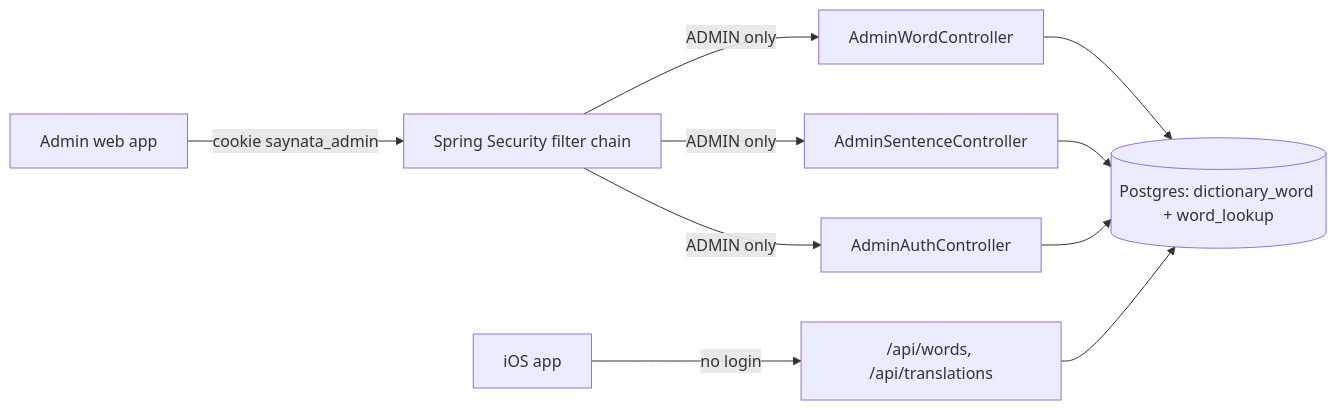
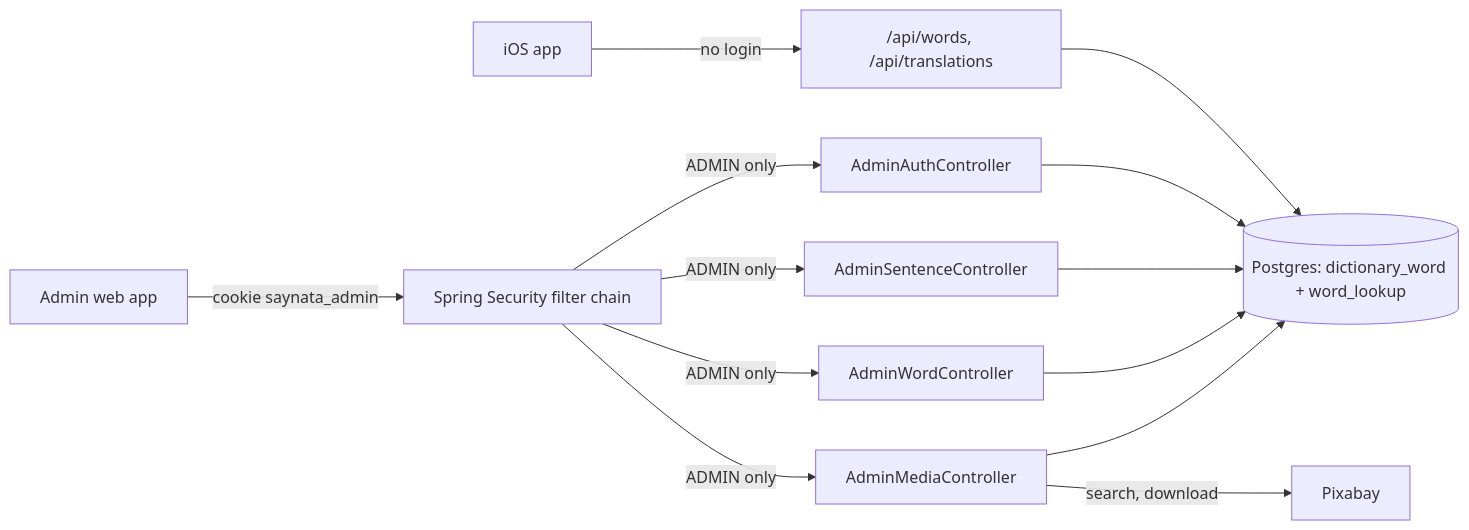
One commit to tranphuocloc070699/saynata changed the first of 3 diagrams in backlog/docs/features/doc-13 - Admin-API.md. Above: the diagram before and after it, drawn with Mermaid. The commit also changed other lines of this file and 20 other files, not shown here.

Commit message:
TASK-52: admin can pick another Pixabay image, remove it, or mark a sense for AI

````diff
--- a/backlog/docs/features/doc-13 - Admin-API.md
+++ b/backlog/docs/features/doc-13 - Admin-API.md
@@ -19,12 +19,15 @@
 ```mermaid
 flowchart LR
     WEB[Admin web app] -->|"cookie saynata_admin"| SEC[Spring Security filter chain]
     SEC -->|ADMIN only| AUTH[AdminAuthController]
     SEC -->|ADMIN only| WORDS[AdminWordController]
     SEC -->|ADMIN only| SENT[AdminSentenceController]
+    SEC -->|ADMIN only| MEDIA[AdminMediaController]
+    MEDIA -->|search, download| PX[Pixabay]
+    MEDIA --> PG
     WORDS --> PG[(Postgres: dictionary_word + word_lookup)]
     SENT --> PG
     AUTH --> PG
     APP[iOS app] -->|no login| PUB["/api/words, /api/translations"]
     PUB --> PG
 ```
````
